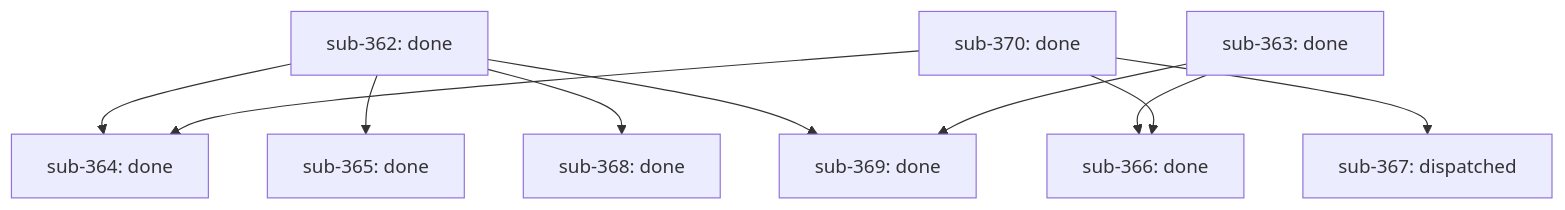
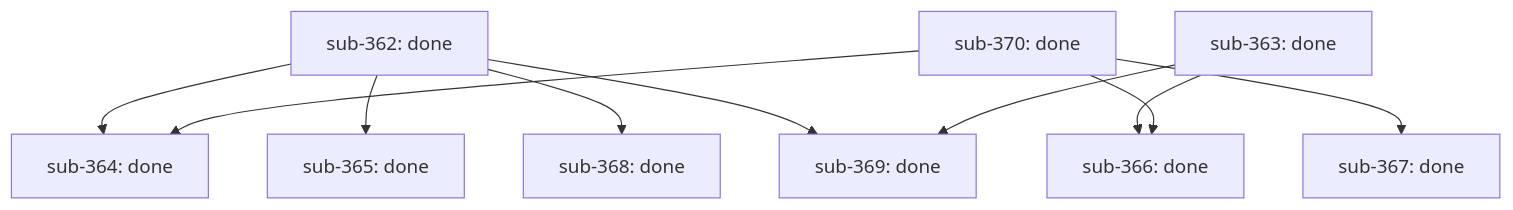
One commit to infiquetra/infiquetra-claude-plugins changed the diagram in docs/outcomes/tier-effort-first-class/report.md. Above: the diagram before and after it, drawn with Mermaid. The commit also changed other lines of this file, not shown here.

Commit message:
docs(outcome): tier-effort-first-class 9/9 COMPLETE — sub-367 harvested (PR #511, re #367)

````diff
--- a/docs/outcomes/tier-effort-first-class/report.md
+++ b/docs/outcomes/tier-effort-first-class/report.md
@@ -7,21 +7,21 @@
 ```mermaid
 flowchart TD
     sub-362["sub-362: done"]
     sub-363["sub-363: done"]
     sub-364["sub-364: done"]
     sub-365["sub-365: done"]
     sub-366["sub-366: done"]
-    sub-367["sub-367: dispatched"]
+    sub-367["sub-367: done"]
     sub-368["sub-368: done"]
     sub-369["sub-369: done"]
     sub-370["sub-370: done"]
     sub-362 --> sub-364
     sub-370 --> sub-364
     sub-362 --> sub-365
     sub-363 --> sub-366
     sub-370 --> sub-366
     sub-370 --> sub-367
     sub-362 --> sub-368
     sub-362 --> sub-369
     sub-363 --> sub-369
 ```
````
